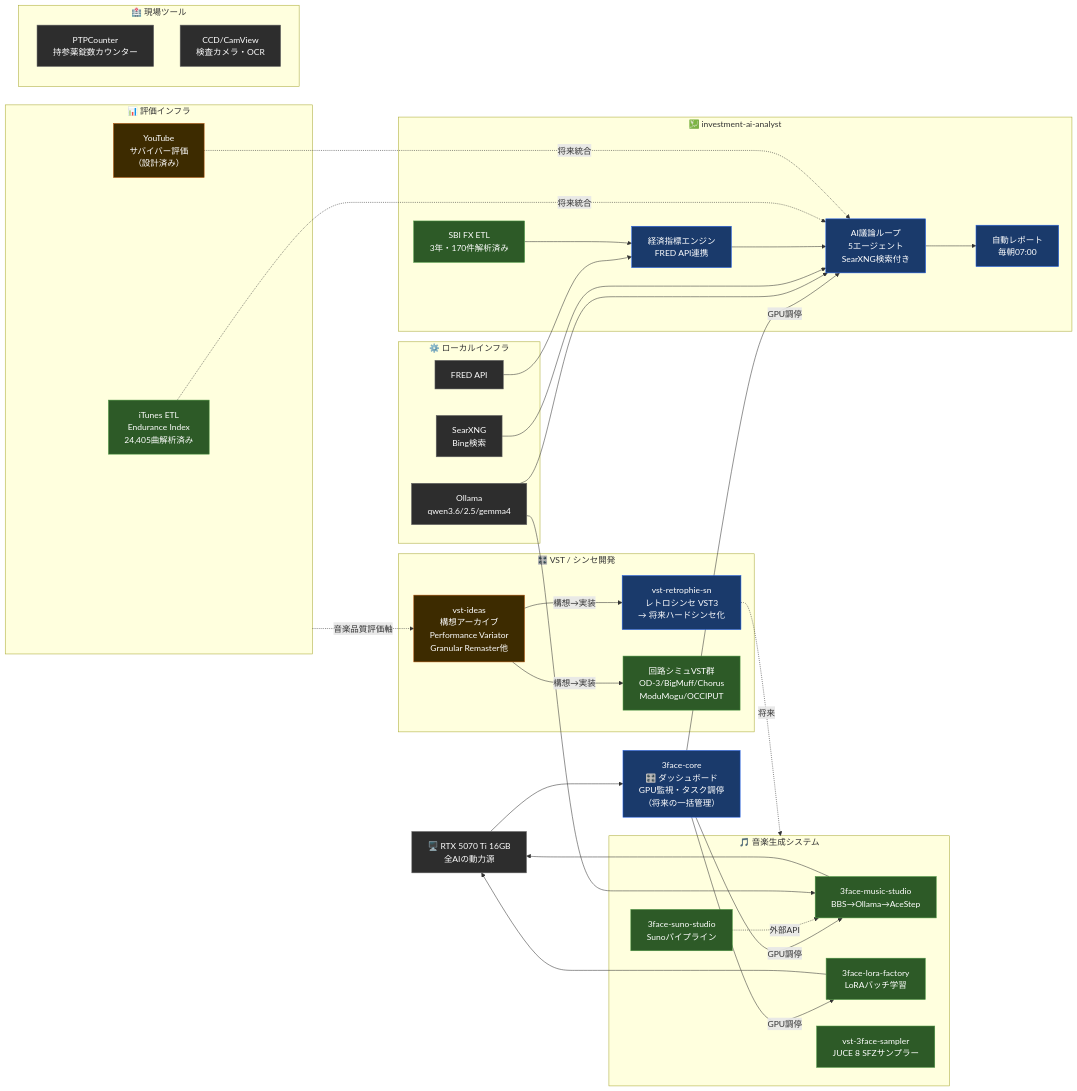
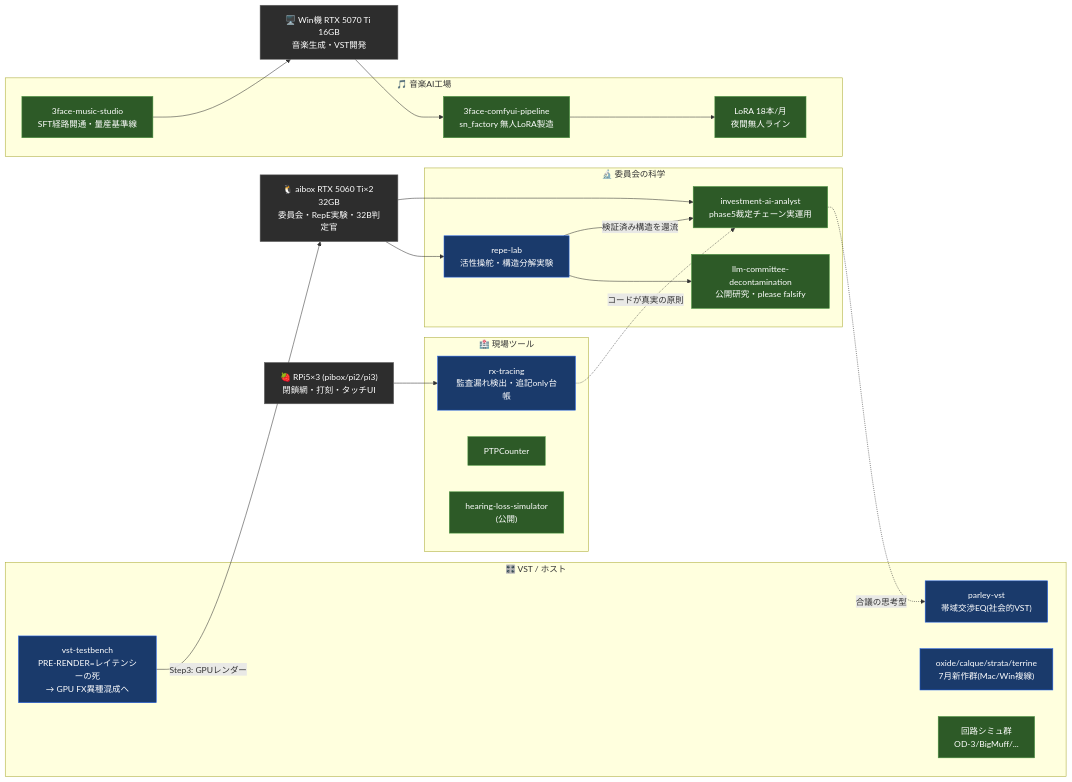
One commit to seiichinagi-create/seiichinagi-create changed the diagram in README.md. Above: the diagram before and after it, drawn with Mermaid. The commit also changed other lines of this file, not shown here.

Commit message:
profile: Claude monthly review 2026-07 (committee science, latency is dead, 3-node rx-tracing)

````diff
--- a/README.md
+++ b/README.md
@@ -92,80 +86,57 @@
 ```mermaid
 graph LR
 
-    %% ── GPU中核 ──────────────────────
-    GPU["🖥️ RTX 5070 Ti 16GB\n全AIの動力源"]
+    %% ── 計算資源（7月に倍増） ──────────
+    GPU1["🖥️ Win機 RTX 5070 Ti 16GB\n音楽生成・VST開発"]
+    GPU2["🐧 aibox RTX 5060 Ti×2 32GB\n委員会・RepE実験・32B判定官"]
+    PIS["🍓 RPi5×3 (pibox/pi2/pi3)\n閉鎖網・打刻・タッチUI"]
 
-    %% ── オーケストレーター ────────────
-    CORE["3face-core\n🎛️ ダッシュボード\nGPU監視・タスク調停\n（将来の一括管理）"]
+    %% ── 委員会クラスタ（最注目） ────────
+    subgraph SCI ["🔬 委員会の科学"]
+        DECON["llm-committee-decontamination\n公開研究・please falsify"]
+        INV["investment-ai-analyst\nphase5裁定チェーン実運用"]
+        REPE["repe-lab\n活性操舵・構造分解実験"]
+    end
 
     %% ── 音楽生成クラスタ ──────────────
-    subgraph MUSIC_CLUSTER ["🎵 音楽生成システム"]
-        MS["3face-music-studio\nBBS→Ollama→AceStep"]
-        LF["3face-lora-factory\nLoRAバッチ学習"]
-        SS["3face-suno-studio\nSunoパイプライン"]
-        SAM["vst-3face-sampler\nJUCE 8 SFZサンプラー"]
+    subgraph MUSIC ["🎵 音楽AI工場"]
+        PIPE["3face-comfyui-pipeline\nsn_factory 無人LoRA製造"]
+        MS["3face-music-studio\nSFT経路開通・量産基準線"]
+        LORA["LoRA 18本/月\n夜間無人ライン"]
     end
 
-    %% ── VST開発クラスタ ───────────────
-    subgraph VST_CLUSTER ["🎛️ VST / シンセ開発"]
-        SN["vst-retrophie-sn\nレトロシンセ VST3\n→ 将来ハードシンセ化"]
-        OD3["回路シミュVST群\nOD-3/BigMuff/Chorus\nModuMogu/OCCIPUT"]
-        IDEAS["vst-ideas\n構想アーカイブ\nPerformance Variator\nGranular Remaster他"]
+    %% ── VST/ホスト ────────────────────
+    subgraph VST ["🎛️ VST / ホスト"]
+        TB["vst-testbench\nPRE-RENDER=レイテンシーの死\n→ GPU FX異種混成へ"]
+        PARLEY["parley-vst\n帯域交渉EQ(社会的VST)"]
+        NEWGEN["oxide/calque/strata/terrine\n7月新作群(Mac/Win複線)"]
+        CIRC["回路シミュ群\nOD-3/BigMuff/..."]
     end
 
-    %% ── 評価インフラ ──────────────────
-    subgraph EVAL_CLUSTER ["📊 評価インフラ"]
-        ITUNES["iTunes ETL\nEndurance Index\n24,405曲解析済み"]
-        YT["YouTube\nサバイバー評価\n（設計済み）"]
-    end
-
-    %% ── 投資解析システム ──────────────
-    subgraph INV_CLUSTER ["💹 investment-ai-analyst"]
-        FX_ETL["SBI FX ETL\n3年・170件解析済み"]
-        ECO["経済指標エンジン\nFRED API連携"]
-        DISC["AI議論ループ\n5エージェント\nSearXNG検索付き"]
-        REPORT["自動レポート\n毎朝07:00"]
-    end
-
-    %% ── 医療・産業ツール ──────────────
-    subgraph TOOLS_CLUSTER ["🏥 現場ツール"]
-        PTP["PTPCounter\n持参薬錠数カウンター"]
-        CCD["CCD/CamView\n検査カメラ・OCR"]
-    end
-
-    %% ── インフラ ──────────────────────
-    subgraph INFRA ["⚙️ ローカルインフラ"]
-        OLLAMA["Ollama\nqwen3.6/2.5/gemma4"]
-        SEARXNG["SearXNG\nBing検索"]
-        FRED["FRED API"]
+    %% ── 現場ツール ────────────────────
+    subgraph FIELD ["🏥 現場ツール"]
+        RX["rx-tracing\n監査漏れ検出・追記only台帳"]
+        PTP["PTPCounter"]
+        HLS["hearing-loss-simulator\n(公開)"]
     end
 
     %% ── 接続 ─────────────────────────
-    GPU --> CORE
-    CORE -->|"GPU調停"| MS & LF & DISC
-
-    MS & LF --> GPU
-    SS -.->|"外部API"| MS
-
-    OLLAMA --> MS & DISC
-    SEARXNG --> DISC
-    FRED --> ECO
-
-    FX_ETL --> ECO --> DISC --> REPORT
-    ITUNES -.->|"将来統合"| DISC
-    YT -.->|"将来統合"| DISC
-
-    IDEAS -->|"構想→実装"| SN & OD3
-    SN -.->|"将来"| MUSIC_CLUSTER
-    EVAL_CLUSTER -.->|"音楽品質評価軸"| IDEAS
+    GPU2 --> REPE --> DECON
+    GPU2 --> INV
+    REPE -->|"検証済み構造を還流"| INV
+    GPU1 --> PIPE --> LORA
+    MS --> GPU1
+    TB -->|"Step3: GPUレンダー"| GPU2
+    PIS --> RX
+    INV -.->|"合議の思考型"| PARLEY
+    RX -.->|"コードが真実の原則"| INV
 
     classDef done fill:#2d5a27,color:#fff,stroke:#4a9640
     classDef inprogress fill:#1a3a6b,color:#fff,stroke:#2563eb
     classDef future fill:#3d2b00,color:#fff,stroke:#b45309
     classDef infra fill:#2d2d2d,color:#fff,stroke:#666
 
-    class MS,LF,SS,SAM,OD3,ITUNES,FX_ETL done
-    class SN,ECO,DISC,REPORT,CORE inprogress
-    class YT,IDEAS future
-    class OLLAMA,SEARXNG,FRED,GPU,PTP,CCD infra
+    class DECON,INV,PIPE,MS,LORA,CIRC,PTP,HLS done
+    class TB,RX,REPE,PARLEY,NEWGEN inprogress
+    class GPU1,GPU2,PIS infra
 ```
````
